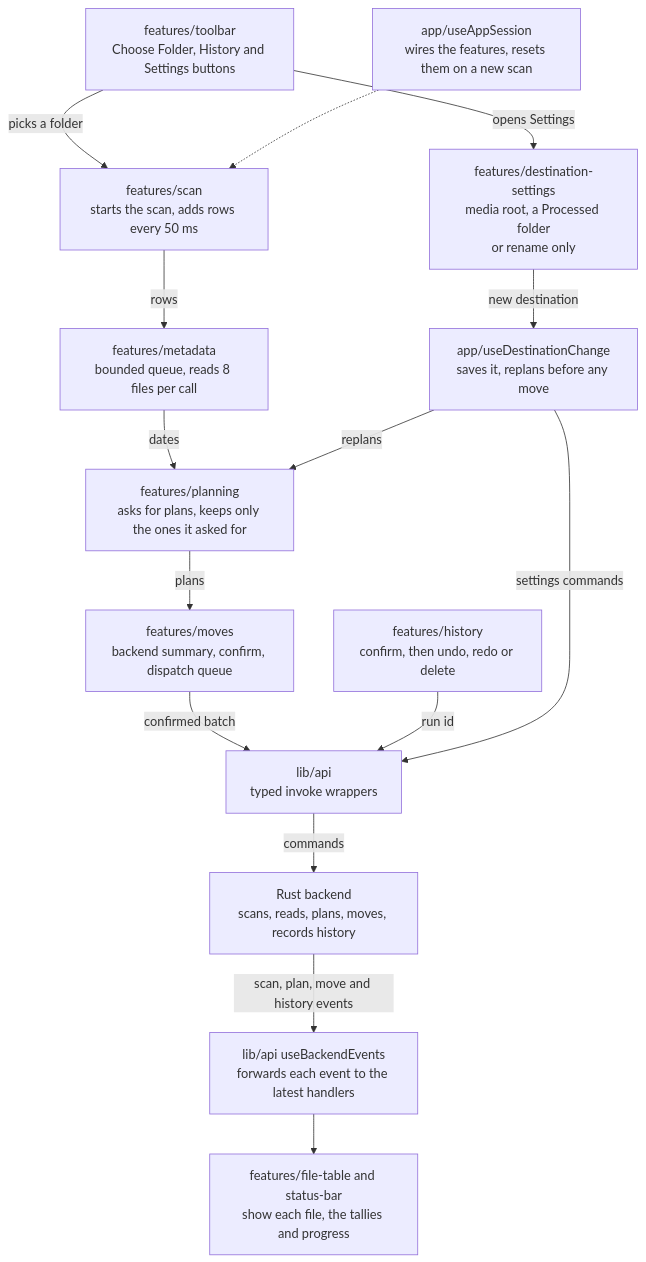
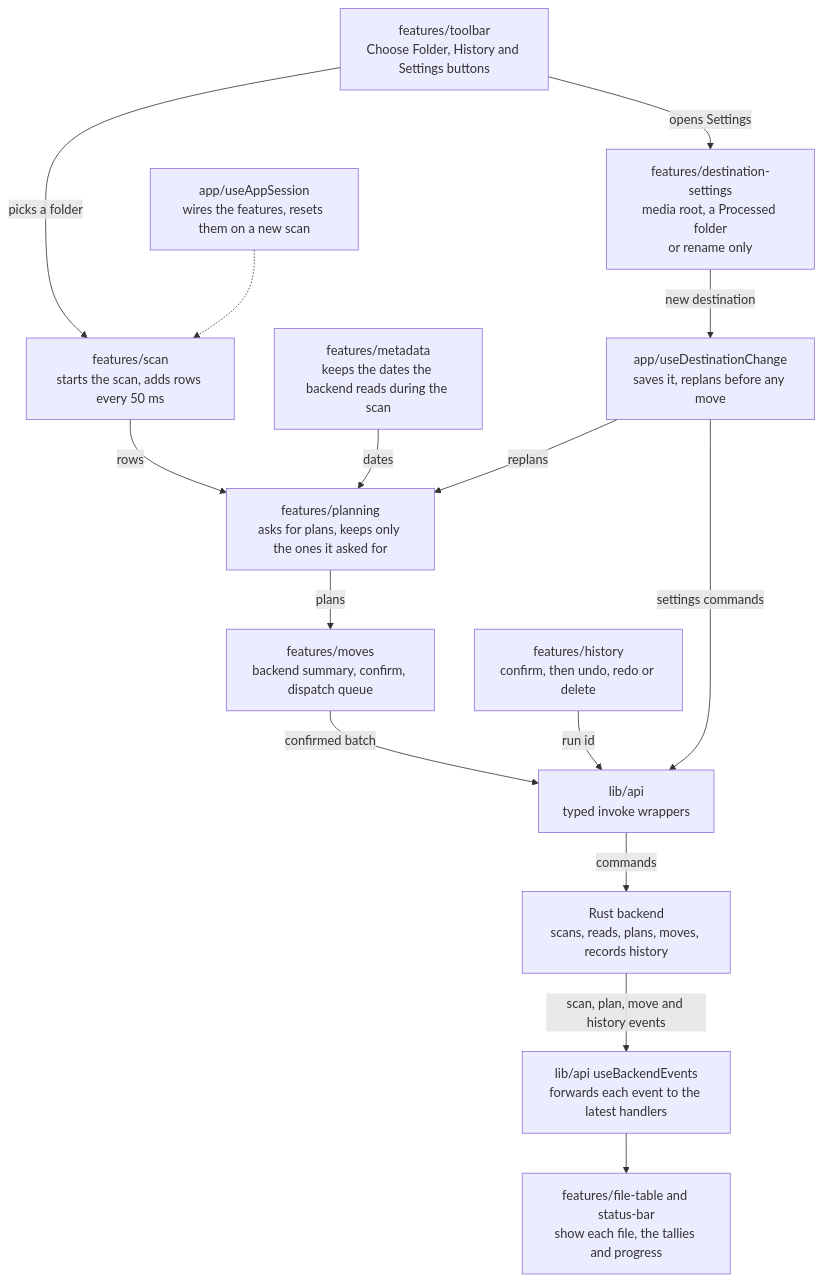
The second of 2 diagrams in src/README.md (oleg-chibikov/media-organizer), drawn with Mermaid before and after one commit. The commit also changed other lines of this file and 45 other files, not shown here.

First line of the commit message:
feat: read capture dates in Rust while the scan runs

````diff
--- a/src/README.md
+++ b/src/README.md
@@ -65,17 +65,17 @@
 ```mermaid
 flowchart TD
   toolbar["features/toolbar<br/>Choose Folder, History and Settings buttons"] -->|picks a folder| scanHook
   session["app/useAppSession<br/>wires the features, resets them on a new scan"] -.-> scanHook
-  scanHook["features/scan<br/>starts the scan, adds rows every 50 ms"] -->|rows| meta
-  meta["features/metadata<br/>bounded queue, reads 8 files per call"] -->|dates| plan
+  scanHook["features/scan<br/>starts the scan, adds rows every 50 ms"] -->|rows| plan
+  meta["features/metadata<br/>keeps the dates the backend reads during the scan"] -->|dates| plan
   plan["features/planning<br/>asks for plans, keeps only the ones it asked for"] -->|plans| moves
   moves["features/moves<br/>backend summary, confirm, dispatch queue"] -->|confirmed batch| api
   history["features/history<br/>confirm, then undo, redo or delete"] -->|run id| api
   toolbar -->|opens Settings| settings["features/destination-settings<br/>media root, a Processed folder<br/>or rename only"]
   settings -->|new destination| destChange["app/useDestinationChange<br/>saves it, replans before any move"]
   destChange -->|settings commands| api
   destChange -->|replans| plan
   api["lib/api<br/>typed invoke wrappers"] -->|commands| backend["Rust backend<br/>scans, reads, plans, moves, records history"]
   backend -->|"scan, plan, move and history events"| events["lib/api useBackendEvents<br/>forwards each event to the latest handlers"]
   events --> ui["features/file-table and status-bar<br/>show each file, the tallies and progress"]
 ```
````
